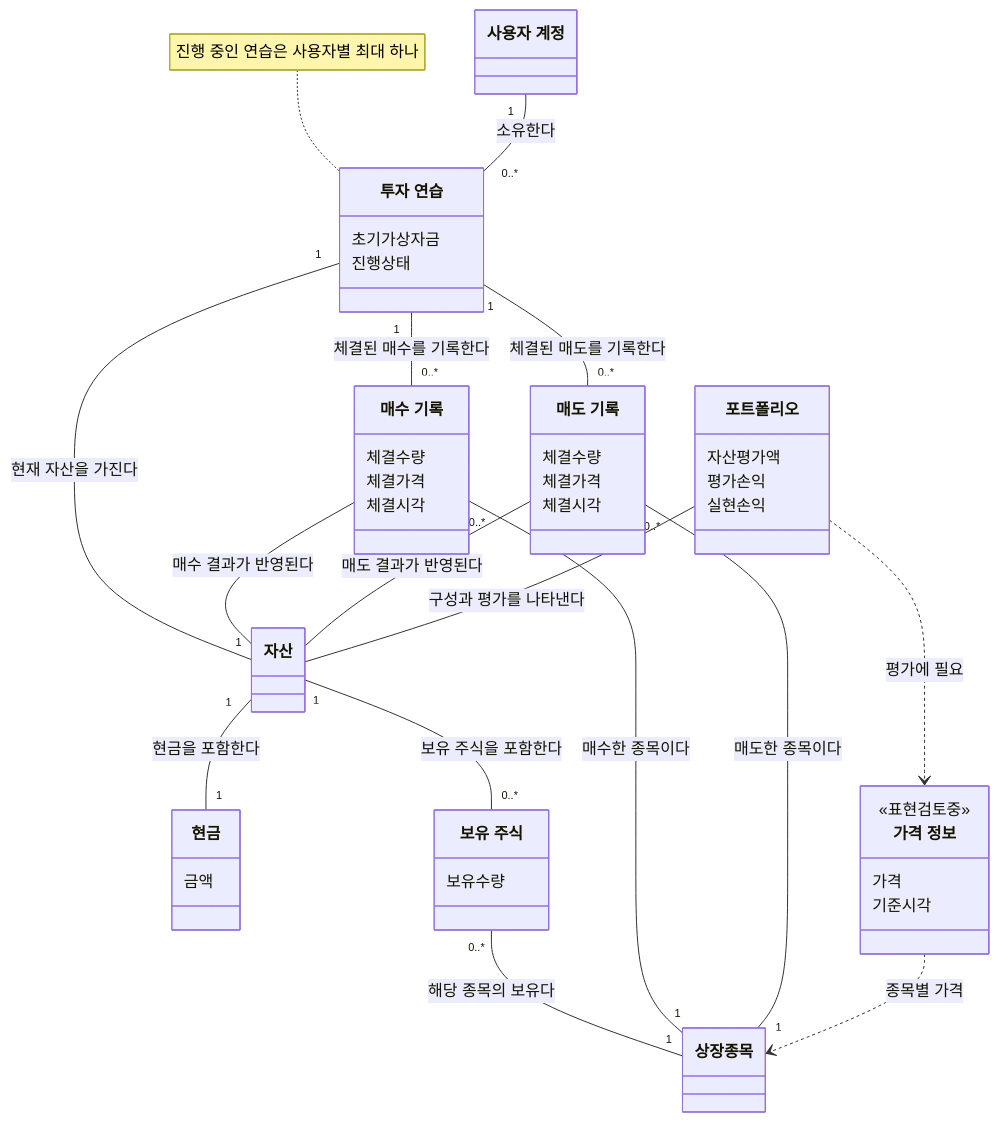
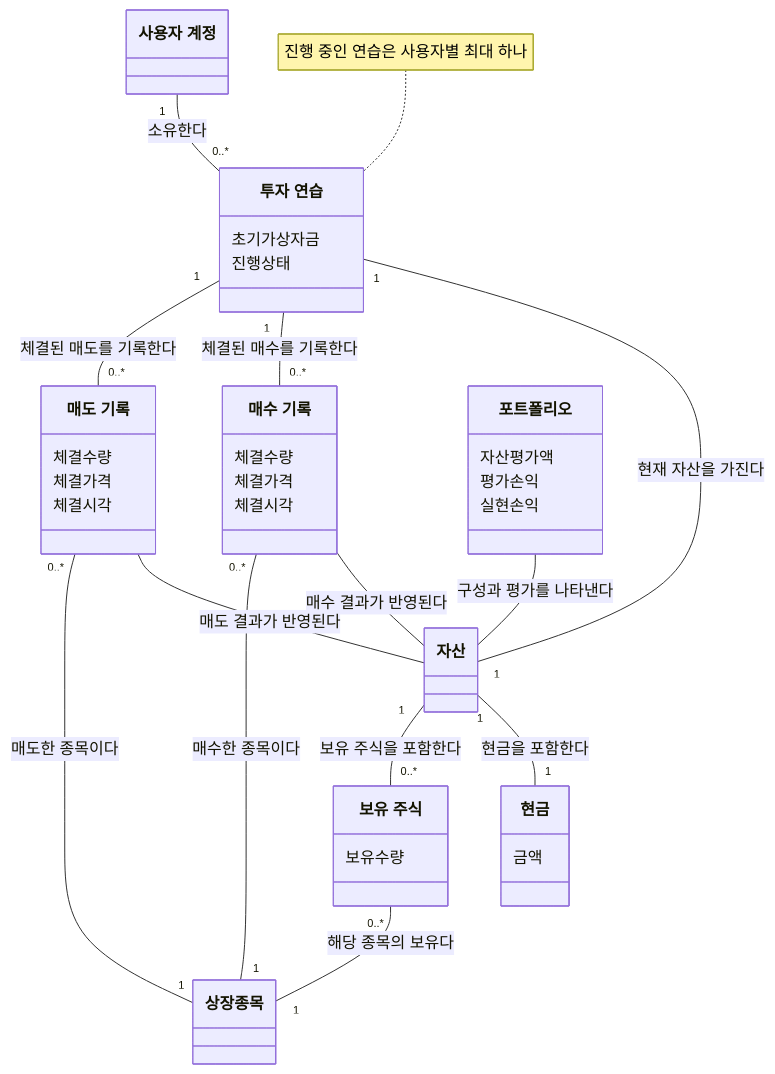
The diagram in design/paper_trading_domain_model.md (PhilPark-geosr/stock-agent), drawn with Mermaid before and after one commit. The commit also changed other lines of this file and 2 other files, not shown here.

Commit message:
docs: defer price lookup roles to collaboration design

````diff
--- a/design/paper_trading_domain_model.md
+++ b/design/paper_trading_domain_model.md
@@ -13,55 +13,48 @@
 ```mermaid
 classDiagram
     direction TB
 
     class Account["사용자 계정"]
     class Practice["투자 연습"] {
         초기가상자금
         진행상태
     }
     class Assets["자산"]
     class Cash["현금"] {
         금액
     }
     class Holding["보유 주식"] {
         보유수량
     }
     class Buy["매수 기록"] {
         체결수량
         체결가격
         체결시각
     }
     class Sell["매도 기록"] {
         체결수량
         체결가격
         체결시각
     }
     class Security["상장종목"]
     class Portfolio["포트폴리오"] {
         자산평가액
         평가손익
         실현손익
     }
-    class Price["가격 정보"] {
-        <<표현검토중>>
-        가격
-        기준시각
-    }
 
     Account "1" -- "0..*" Practice : 소유한다
     Practice "1" -- "1" Assets : 현재 자산을 가진다
     Practice "1" -- "0..*" Buy : 체결된 매수를 기록한다
     Practice "1" -- "0..*" Sell : 체결된 매도를 기록한다
     Buy -- Assets : 매수 결과가 반영된다
     Sell -- Assets : 매도 결과가 반영된다
     Assets "1" -- "1" Cash : 현금을 포함한다
     Assets "1" -- "0..*" Holding : 보유 주식을 포함한다
     Holding "0..*" -- "1" Security : 해당 종목의 보유다
     Buy "0..*" -- "1" Security : 매수한 종목이다
     Sell "0..*" -- "1" Security : 매도한 종목이다
     Portfolio -- Assets : 구성과 평가를 나타낸다
-    Portfolio ..> Price : 평가에 필요
-    Price ..> Security : 종목별 가격
 
     note for Practice "진행 중인 연습은 사용자별 최대 하나"
 ```
````
